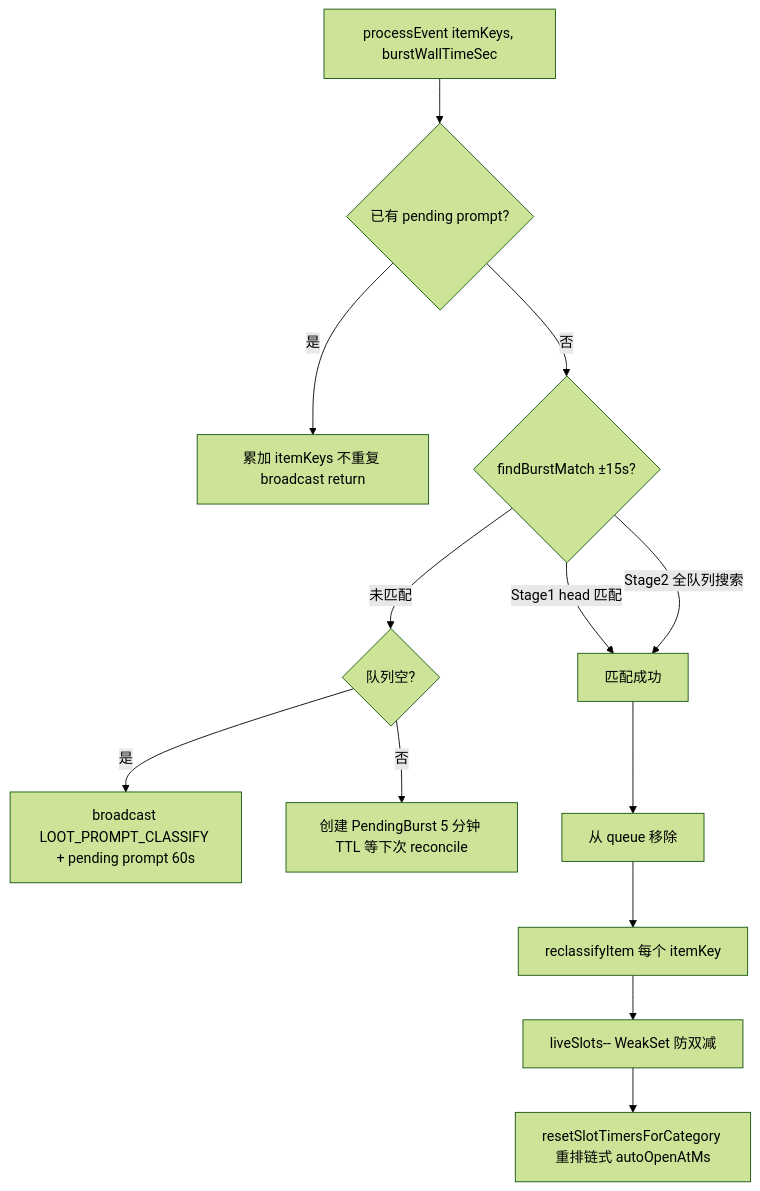
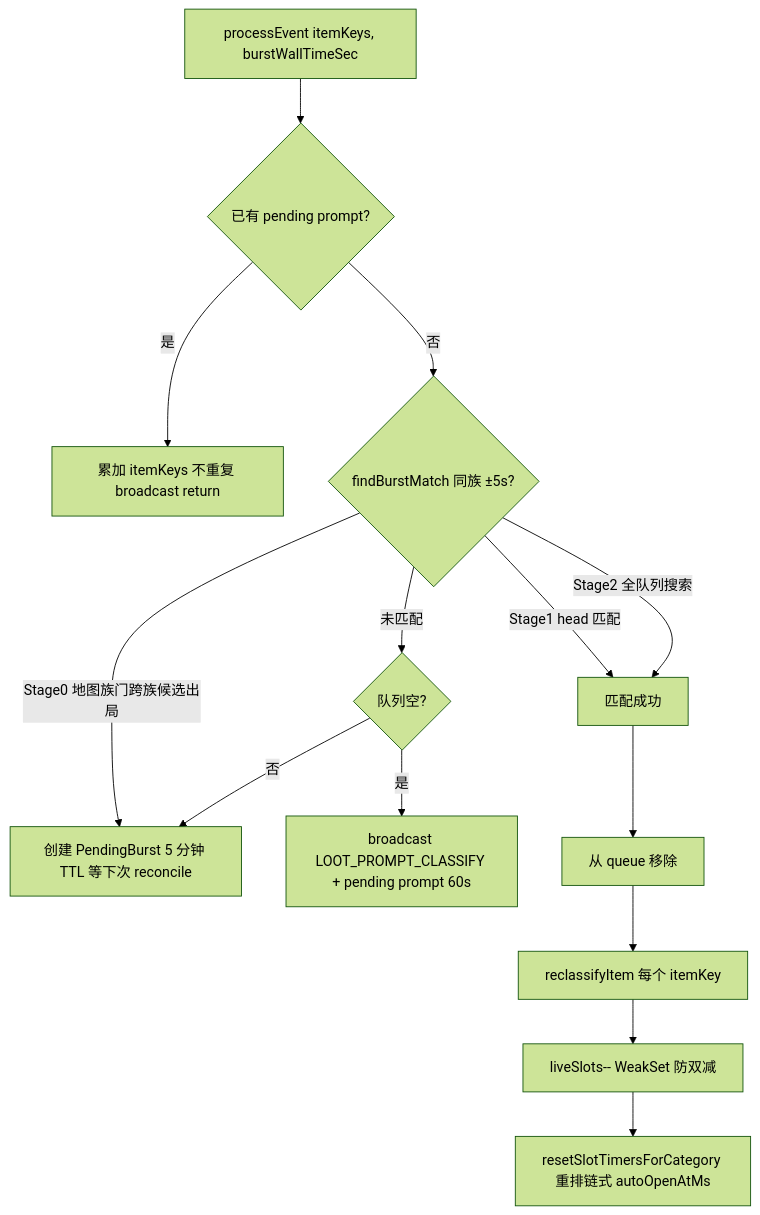
Before and after one commit to zioon/tbh-companion: the third of 4 diagrams in docs/business-flows/09-chest-and-autoclassify.md, drawn with Mermaid (forest theme). The commit also changed other lines of this file and 9 other files, not shown here.

````diff
--- a/docs/business-flows/09-chest-and-autoclassify.md
+++ b/docs/business-flows/09-chest-and-autoclassify.md
@@ -219,18 +219,19 @@
 ```mermaid
 %% TBH flow diagram
 flowchart TD
   Proc[processEvent itemKeys, burstWallTimeSec] --> QPrompt{已有 pending prompt?}
   QPrompt -- 是 --> Accum[累加 itemKeys 不重复 broadcast return]
-  QPrompt -- 否 --> Match{findBurstMatch ±15s?}
+  QPrompt -- 否 --> Match{findBurstMatch 同族 ±5s?}
+  Match -- Stage0 地图族门跨族候选出局 --> Pending
   Match -- Stage1 head 匹配 --> Hit[匹配成功]
   Match -- Stage2 全队列搜索 --> Hit
   Match -- 未匹配 --> QEmpty{队列空?}
   QEmpty -- 是 --> Broadcast[broadcast LOOT_PROMPT_CLASSIFY + pending prompt 60s]
   QEmpty -- 否 --> Pending[创建 PendingBurst 5 分钟 TTL 等下次 reconcile]
   Hit --> Remove[从 queue 移除]
   Remove --> Reclass[reclassifyItem 每个 itemKey]
   Reclass --> LiveDec[liveSlots-- WeakSet 防双减]
   LiveDec --> Reslot[resetSlotTimersForCategory 重排链式 autoOpenAtMs]
   class Proc,Accum,Remove,Reclass,LiveDec,Reslot,Broadcast,Pending data
   class QPrompt,Match,QEmpty dec
 ```
````
